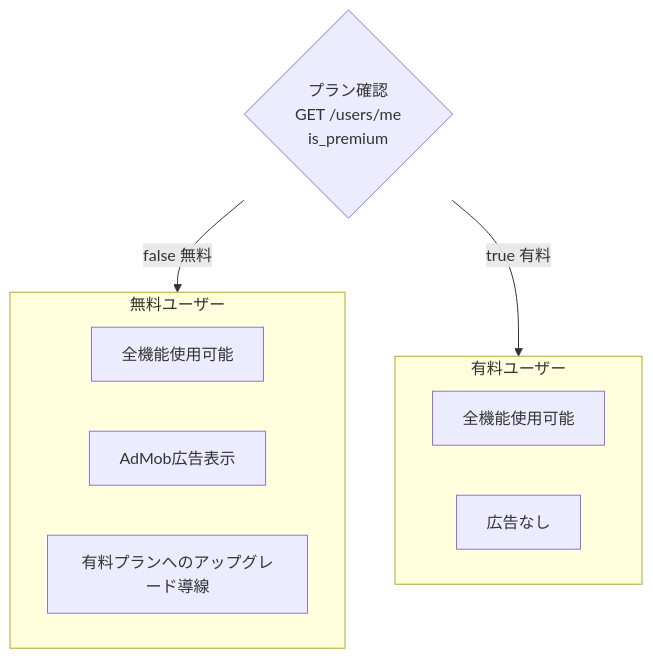
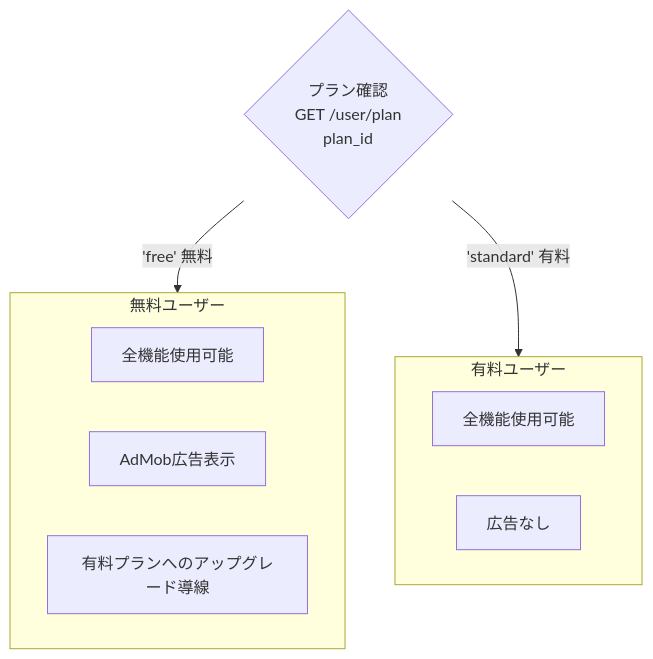
Before and after one commit to satouhiroyuki/Morincum-specs: the second of 2 diagrams in specs/020.system/billing-flow.md, drawn with Mermaid. The commit also changed other lines of this file and 1 other file, not shown here.

Commit message:
docs: update backend-schema and billing-flow to reflect plan_id refactor and V012 migration

````diff
--- a/specs/020.system/billing-flow.md
+++ b/specs/020.system/billing-flow.md
@@ -56,17 +84,17 @@
 ```mermaid
 flowchart TD
-    CheckPremium{プラン確認\nGET /users/me\nis_premium}
-    CheckPremium -->|false 無料| FreeHome
-    CheckPremium -->|true 有料| PaidHome
+    CheckPlan{プラン確認\nGET /user/plan\nplan_id}
+    CheckPlan -->|'free' 無料| FreeHome
+    CheckPlan -->|'standard' 有料| PaidHome
 
     subgraph FreeHome[無料ユーザー]
         FreeFeatures[全機能使用可能]
         FreeAd[AdMob広告表示]
         FreeUpgrade[有料プランへのアップグレード導線]
     end
 
     subgraph PaidHome[有料ユーザー]
         PaidFeatures[全機能使用可能]
         NoPaidAd[広告なし]
     end
 ```
````
